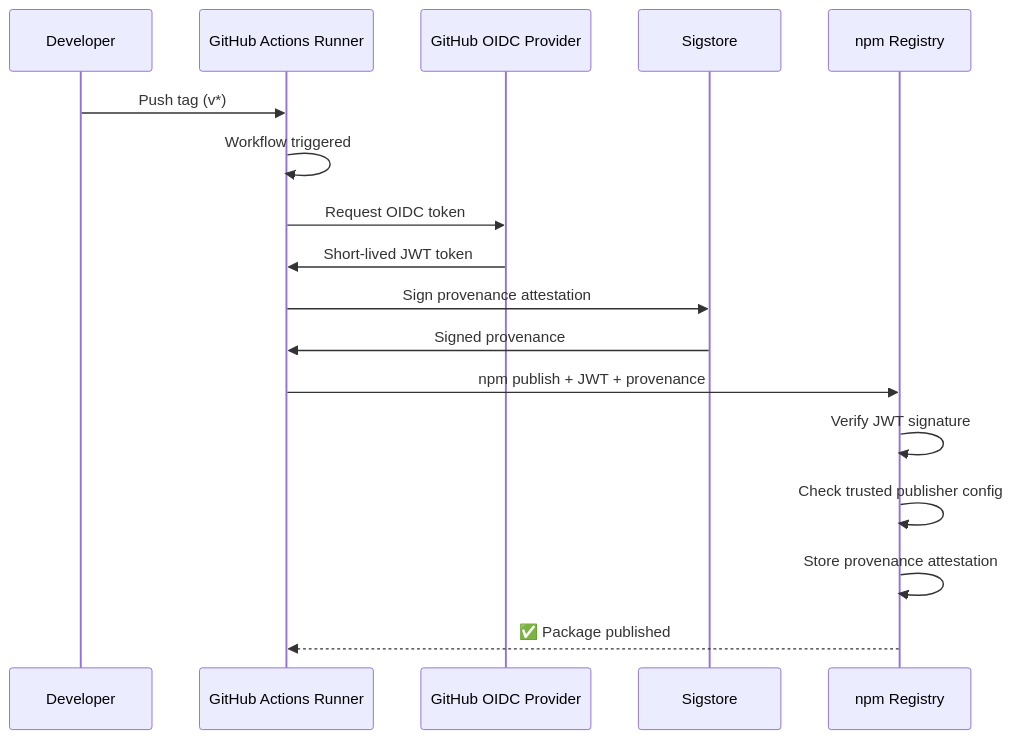
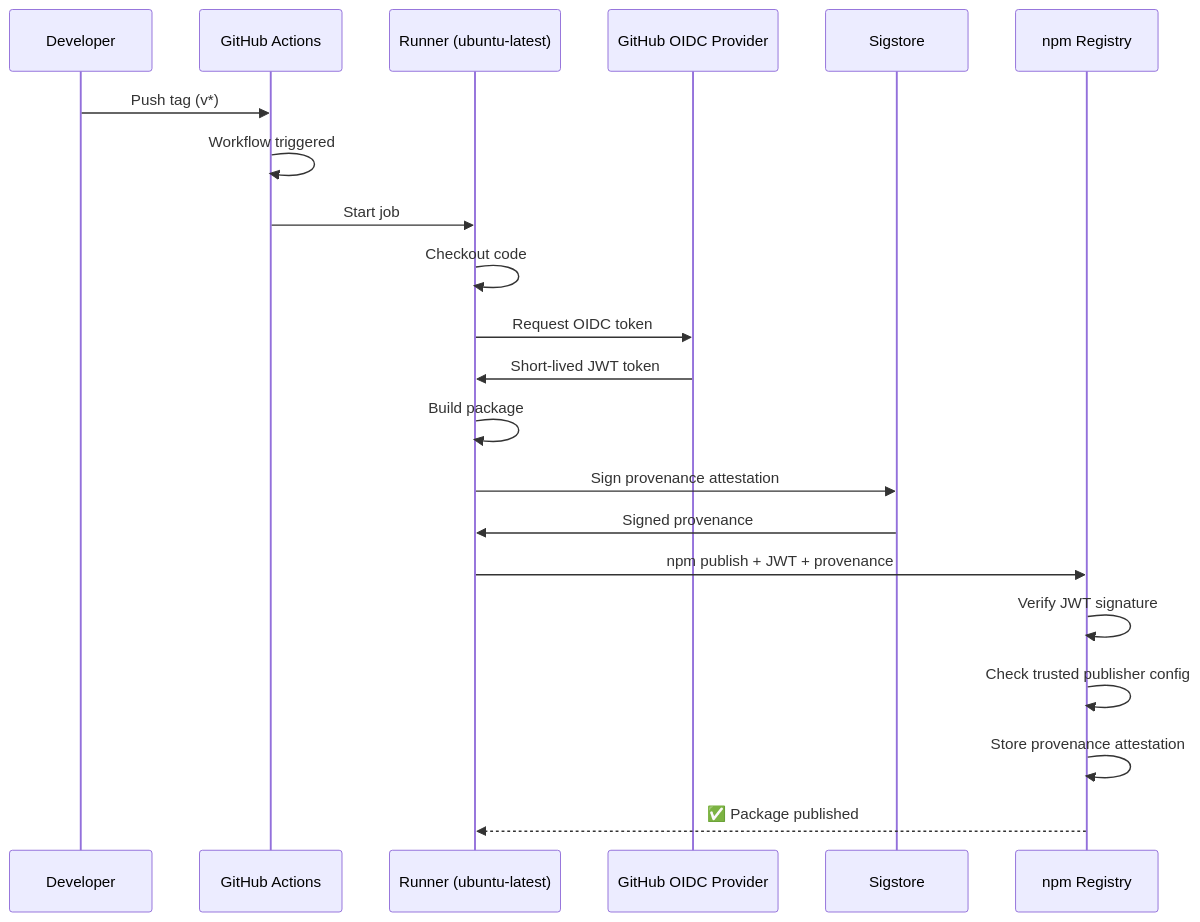
One commit to AEnguerrand/cloud-native-days-france-2026-trusted-publising-with-npmjs.com changed the diagram in README.md. Above: the diagram before and after it, drawn with Mermaid.

Commit message:
docs: Update workflow diagram in README to clarify GitHub Actions and Runner roles in Trusted Publishing process

````diff
--- a/README.md
+++ b/README.md
@@ -20,20 +20,24 @@
 ```mermaid
 sequenceDiagram
     participant Dev as Developer
-    participant GH as GitHub Actions Runner
+    participant GHA as GitHub Actions
+    participant Runner as Runner (ubuntu-latest)
     participant OIDC as GitHub OIDC Provider
     participant SIG as Sigstore
     participant NPM as npm Registry
 
-    Dev->>GH: Push tag (v*)
-    GH->>GH: Workflow triggered
-    GH->>OIDC: Request OIDC token
-    OIDC->>GH: Short-lived JWT token
-    GH->>SIG: Sign provenance attestation
-    SIG->>GH: Signed provenance
-    GH->>NPM: npm publish + JWT + provenance
+    Dev->>GHA: Push tag (v*)
+    GHA->>GHA: Workflow triggered
+    GHA->>Runner: Start job
+    Runner->>Runner: Checkout code
+    Runner->>OIDC: Request OIDC token
+    OIDC->>Runner: Short-lived JWT token
+    Runner->>Runner: Build package
+    Runner->>SIG: Sign provenance attestation
+    SIG->>Runner: Signed provenance
+    Runner->>NPM: npm publish + JWT + provenance
     NPM->>NPM: Verify JWT signature
     NPM->>NPM: Check trusted publisher config
     NPM->>NPM: Store provenance attestation
-    NPM-->>GH: ✅ Package published
+    NPM-->>Runner: ✅ Package published
 ```
````
